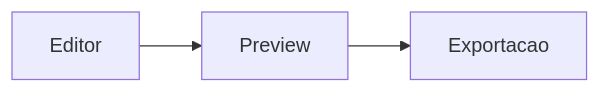
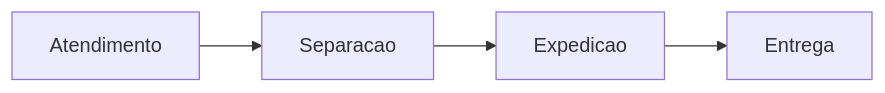
The diagram in exemplo-markdown-03.md (adriano-inf-br/markdown-editor-01), drawn with Mermaid before and after one commit. The commit also changed other lines of this file and 32 other files, not shown here.

````diff
--- a/exemplo-markdown-03.md
+++ b/exemplo-markdown-03.md
@@ -39,5 +37,6 @@
 ```mermaid
 flowchart LR
-    Editor --> Preview
-    Preview --> Exportacao
+    Atendimento --> Separacao
+    Separacao --> Expedicao
+    Expedicao --> Entrega
 ```
````
